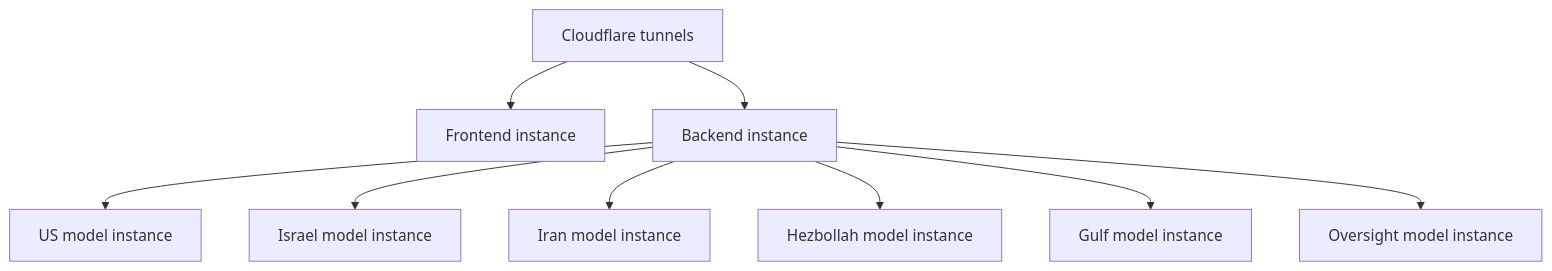
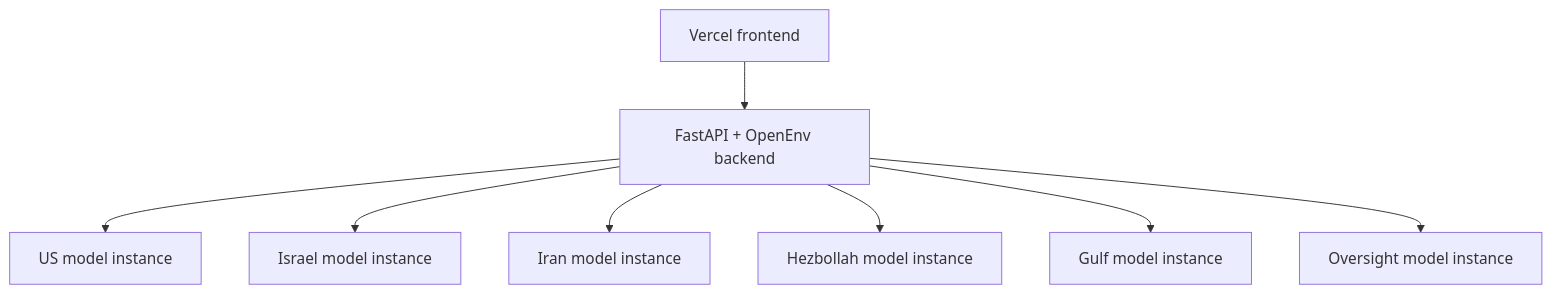
One commit to shlawgathon/trenches changed the third of 3 diagrams in PRESENTATION.md. Above: the diagram before and after it, drawn with Mermaid. The commit also changed other lines of this file and 3 other files, not shown here.

````diff
--- a/PRESENTATION.md
+++ b/PRESENTATION.md
@@ -629,11 +655,10 @@
 ```mermaid
 flowchart TB
-    CF["Cloudflare tunnels"] --> FE["Frontend instance"]
-    CF --> BE["Backend instance"]
+    FE["Vercel frontend"] --> BE["FastAPI + OpenEnv backend"]
     BE --> M1["US model instance"]
     BE --> M2["Israel model instance"]
     BE --> M3["Iran model instance"]
     BE --> M4["Hezbollah model instance"]
     BE --> M5["Gulf model instance"]
     BE --> M6["Oversight model instance"]
 ```
````
